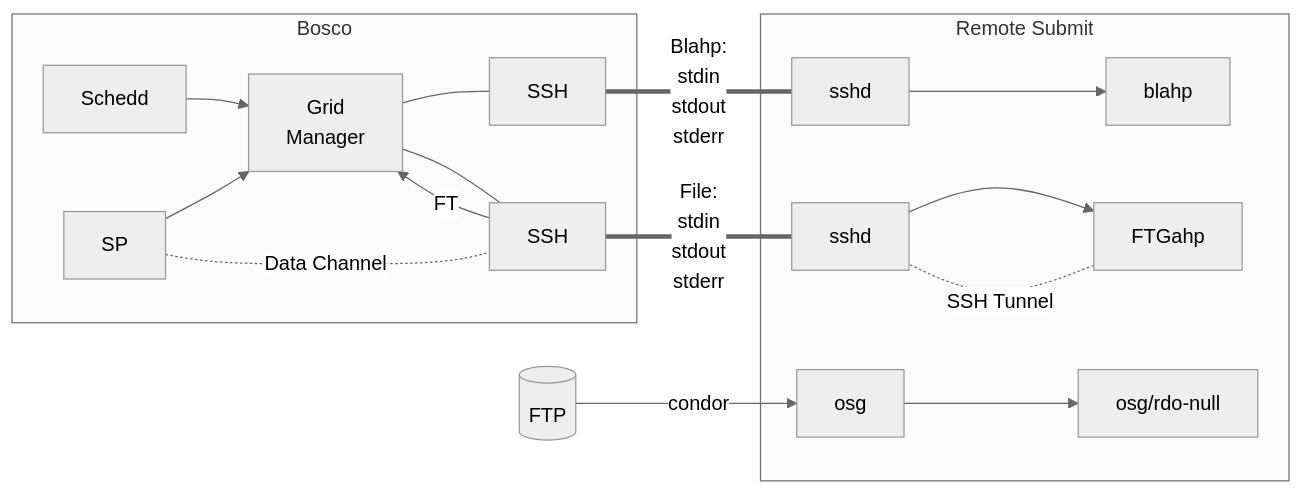
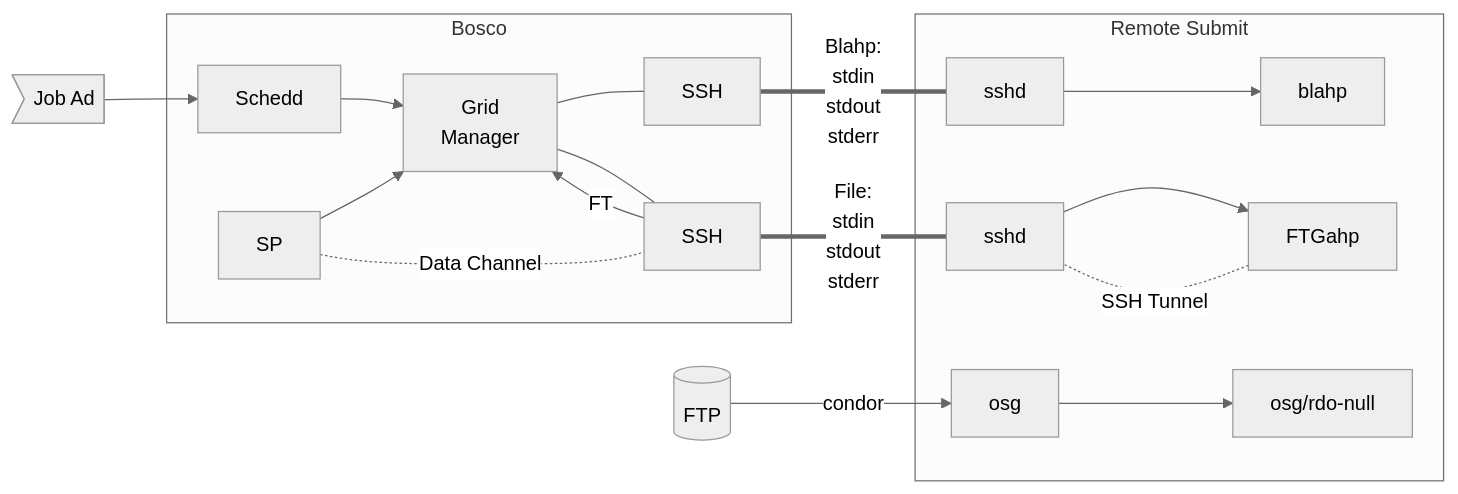
The diagram in Bosco_Diagram.md (rc-jacob/htcondor-ce), drawn with Mermaid (neutral theme) before and after one commit.

Commit message:
Add "Job Ad" node before Bosco subgraph and link it to Schedd node

````diff
--- a/Bosco_Diagram.md
+++ b/Bosco_Diagram.md
@@ -3,20 +3,21 @@
 ```mermaid
 flowchart LR
 	subgraph Bosco
 		1[Schedd] --> 2[Grid</br>Manager]
 		3[SP] --> 2
 		2 --- 4[SSH]
 		2 --- 5[SSH]
 		5 --> |FT|2
 		3 -. Data Channel .- 5
 	end
 	subgraph Remote Submit
 		a[sshd] --> b[blahp]
 		c[sshd] --> d[FTGahp]
 		d -. SSH Tunnel .- c
 		e[osg] --> f[osg/rdo-null]
 	end
 id1[(FTP)] --> |condor|e
+id2>Job Ad] --> 1
 4 ===|Blahp:</br>stdin</br>stdout</br>stderr| a
 5 ===|File:</br>stdin</br>stdout</br>stderr| c
 ```
````
